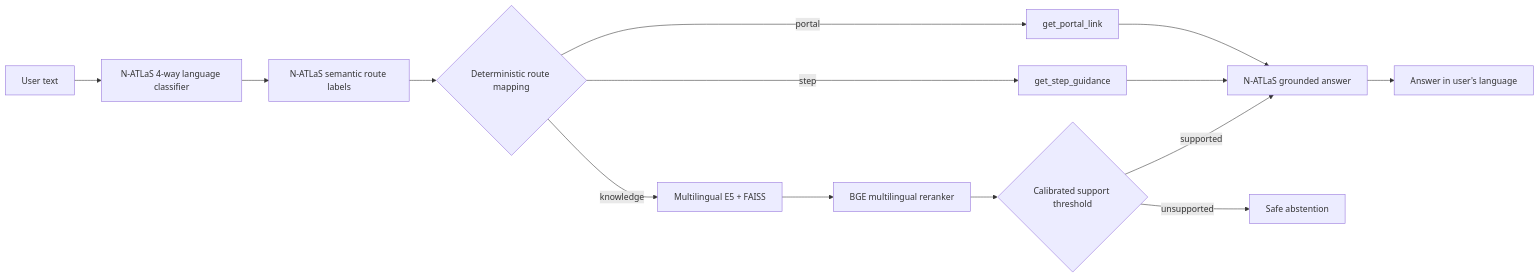
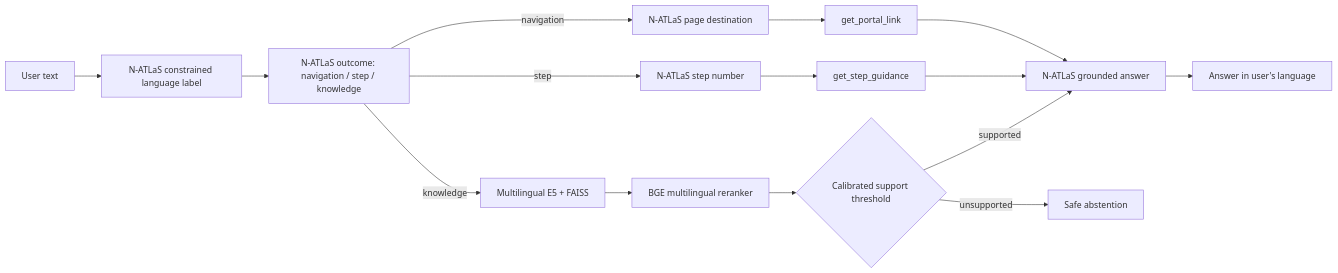
The diagram in README.md (Davemafy/ncair-lms-chatbot2.0), drawn with Mermaid before and after one commit. The commit also changed other lines of this file, not shown here.

Commit message:
Document hierarchical constrained routing

````diff
--- a/README.md
+++ b/README.md
@@ -11,16 +11,17 @@
 ```mermaid
 flowchart LR
-    A[User text] --> B[N-ATLaS 4-way language classifier]
-    B --> C[N-ATLaS semantic route labels]
-    C --> D{Deterministic route mapping}
-    D -->|portal| E[get_portal_link]
-    D -->|step| F[get_step_guidance]
-    D -->|knowledge| G[Multilingual E5 + FAISS]
-    G --> H[BGE multilingual reranker]
-    H --> I{Calibrated support threshold}
-    I -->|supported| J[N-ATLaS grounded answer]
-    I -->|unsupported| K[Safe abstention]
-    E --> J
-    F --> J
-    J --> L[Answer in user's language]
+    A[User text] --> B[N-ATLaS constrained language label]
+    B --> C[N-ATLaS outcome: navigation / step / knowledge]
+    C -->|navigation| D[N-ATLaS page destination]
+    C -->|step| E[N-ATLaS step number]
+    C -->|knowledge| G[Multilingual E5 + FAISS]
+    D --> F[get_portal_link]
+    E --> H[get_step_guidance]
+    G --> I[BGE multilingual reranker]
+    I --> J{Calibrated support threshold}
+    J -->|supported| K[N-ATLaS grounded answer]
+    J -->|unsupported| L[Safe abstention]
+    F --> K
+    H --> K
+    K --> M[Answer in user's language]
 ```
````
